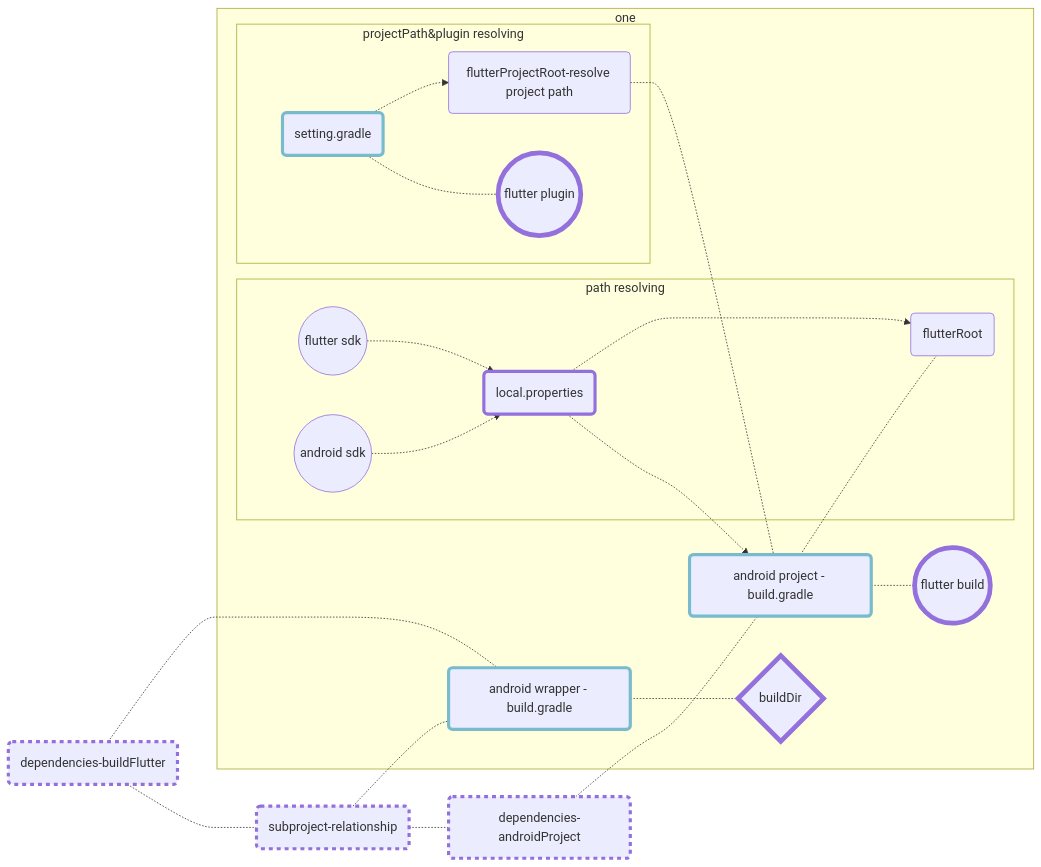
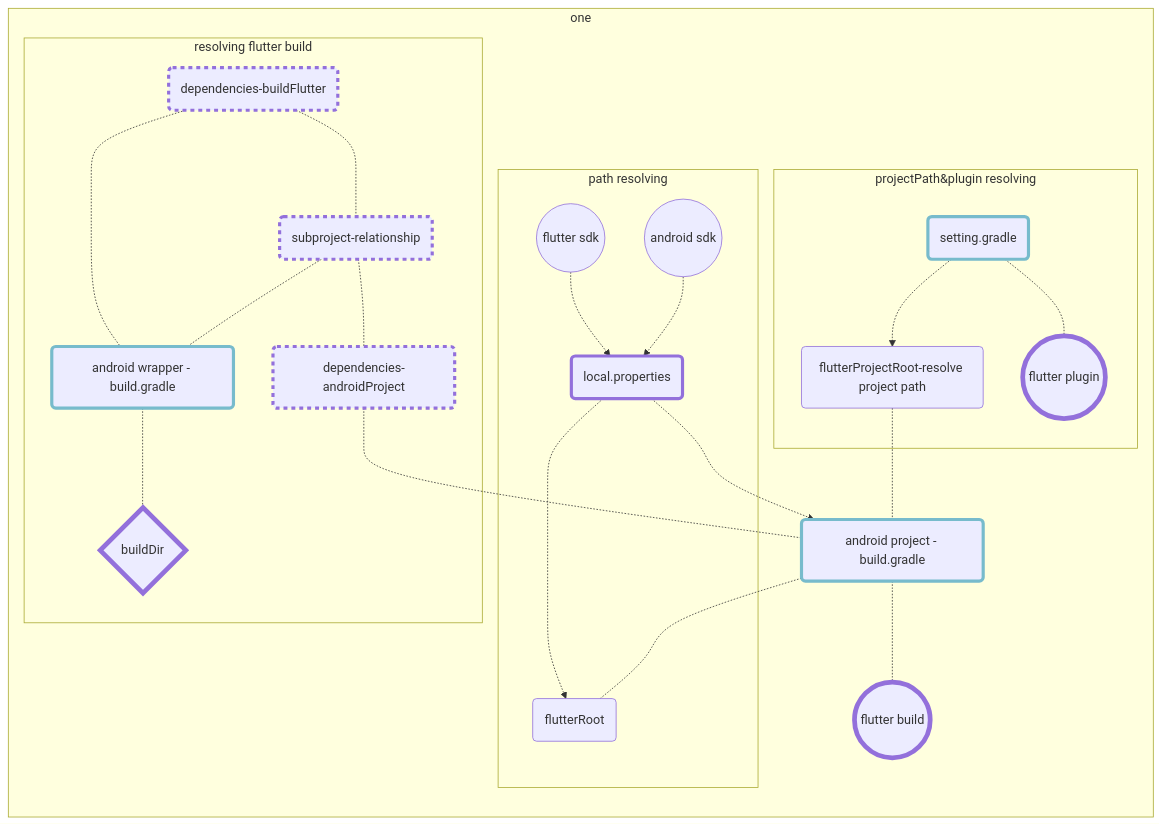
Before and after one commit to gordianknotC/nxp_note: the first of 2 diagrams in flutter/addAndroidProjIntoFlutter.md, drawn with Mermaid. The commit also changed other lines of this file, not shown here.

Commit message:
flutter/addAndroidProjIntoFlutter.md updated from https://stackedit.io/

````diff
--- a/flutter/addAndroidProjIntoFlutter.md
+++ b/flutter/addAndroidProjIntoFlutter.md
@@ -229,63 +229,67 @@
 ```mermaid
 graph LR
 	fdk((flutter sdk))
 	adk((android sdk))
 	
 	dfb{buildDir}
 	fbuild((flutter build))
 	fpgn((flutter plugin))
 	style fbuild stroke-width:6px   
 	style fpgn stroke-width:6px 
 	style dfb stroke-width:6px 
 	
 	loc(local.properties)
 	style loc stroke-width:4px   
 	
 	set(setting.gradle)
 	b1(android wrapper - build.gradle)
 	b2(android project - build.gradle)
 	style b1 stroke-width:4px, stroke:#7bc
 	style b2 stroke-width:4px, stroke:#7bc
 	style set stroke-width:4px, stroke:#7bc
 
 	dfr(flutterRoot)
 	dfp(flutterProjectRoot-resolve project path)
 	
 	
 	dandroid(dependencies-androidProject)
 	dflutter(dependencies-buildFlutter)
 	dsub(subproject-relationship)
 	style dandroid stroke-width:4px, stroke-dasharray: 5
 	style dflutter stroke-width:4px, stroke-dasharray: 5
 	style dsub stroke-width:4px, stroke-dasharray: 5
 	
 	
 subgraph one
 	subgraph path resolving
 		fdk -.-> loc
 		adk -.-> loc
 		loc -.-> dfr
 	end
 
 	loc -.-> b2
 	b2 -.- fbuild
 	b2 -.- dfr
 	dfp -.- b2
 	subgraph projectPath&plugin resolving
 		set-.->dfp
 		set -.- fpgn
 	end
+	dandroid -.- b2
+	subgraph resolving flutter build
+		b1 -.- dfb
+		
+		dflutter -.- b1
+		dsub -.- b1
+		dflutter -.- dsub
+		dsub-.- dandroid
+	end
 	
 	
 	
-	b1 -.- dfb
 end
 
 
-	dandroid -.- b2
-	dflutter -.- b1
-	dsub -.- b1
-	dflutter -.- dsub
-	dsub-.- dandroid
+	
 
 ```
````
